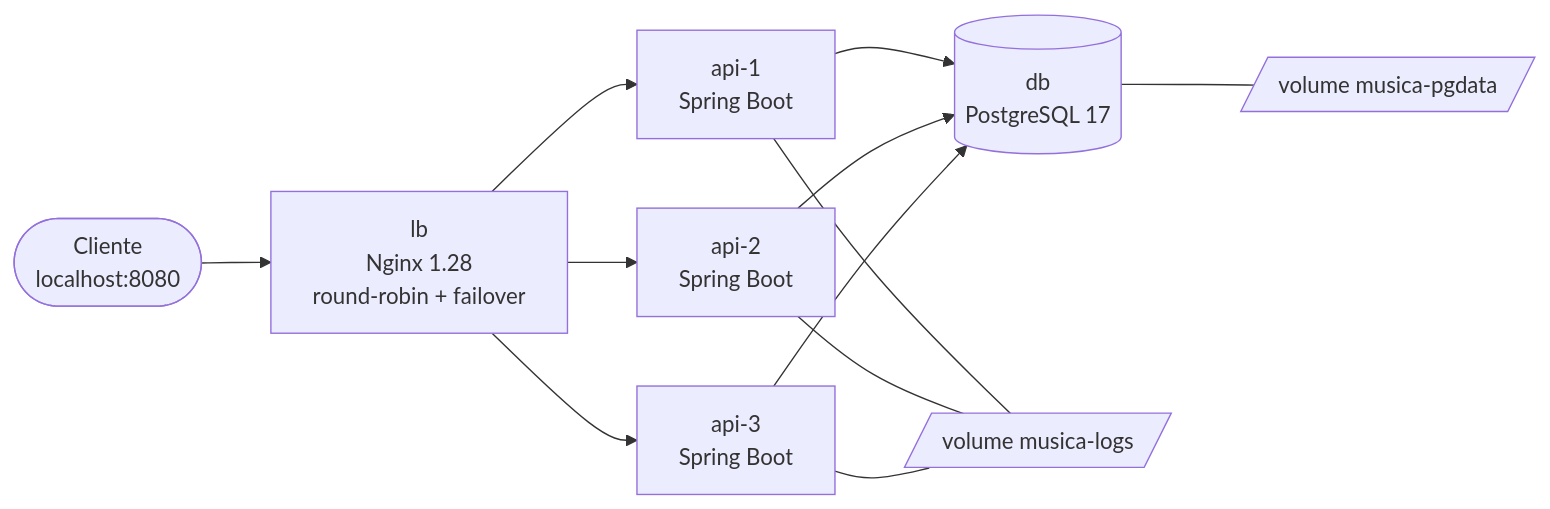
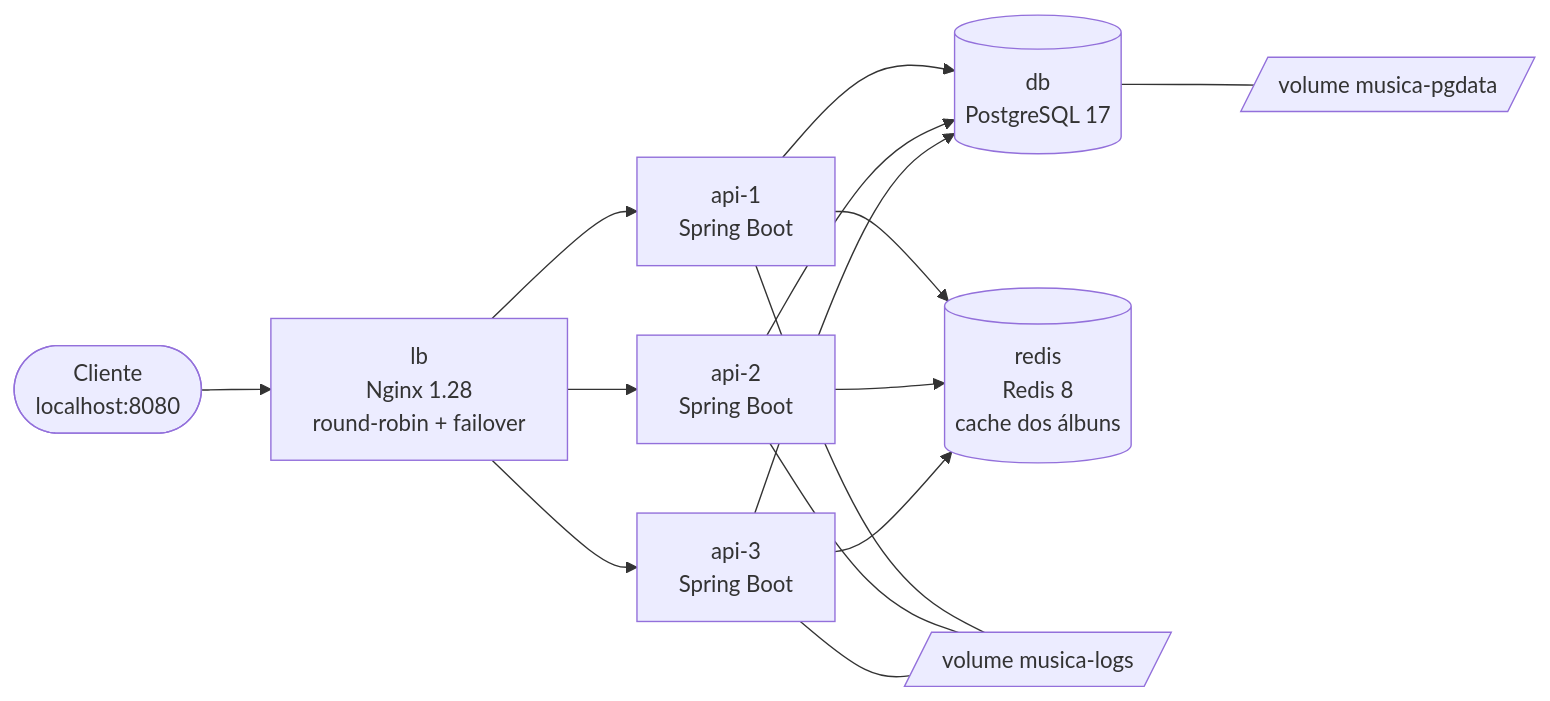
One commit to gabrieldorodrigues/apirest-2026 changed the second of 2 diagrams in docs/arquitetura.md. Above: the diagram before and after it, drawn with Mermaid. The commit also changed other lines of this file, not shown here.

Commit message:
adiciona o Redis no diagrama e na tabela da infraestrutura

````diff
--- a/docs/arquitetura.md
+++ b/docs/arquitetura.md
@@ -50,12 +50,13 @@
 ```mermaid
 flowchart LR
     U([Cliente<br/>localhost:8080]) --> LB[lb<br/>Nginx 1.28<br/>round-robin + failover]
     LB --> A1[api-1<br/>Spring Boot]
     LB --> A2[api-2<br/>Spring Boot]
     LB --> A3[api-3<br/>Spring Boot]
     A1 --> DB[(db<br/>PostgreSQL 17)]
     A2 --> DB
     A3 --> DB
+    A1 & A2 & A3 --> R[(redis<br/>Redis 8<br/>cache dos álbuns)]
     DB --- V1[/volume musica-pgdata/]
     A1 & A2 & A3 --- V2[/volume musica-logs/]
 ```
````
